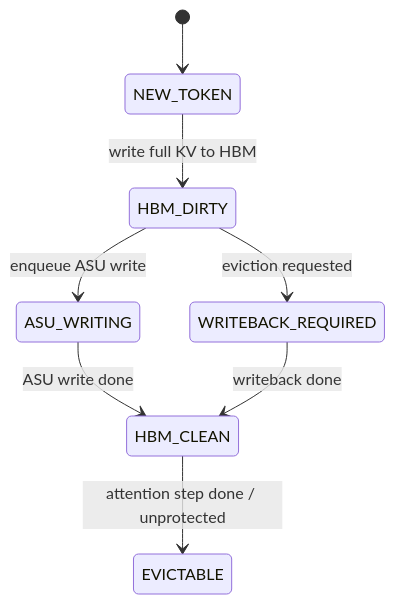
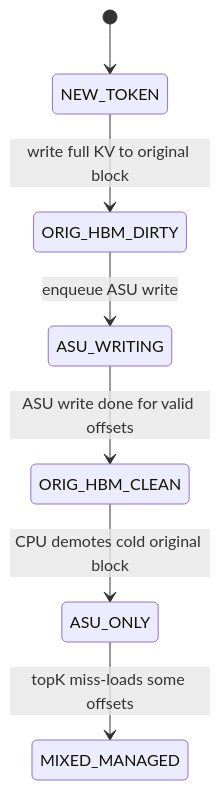
The fifth of 8 diagrams in docs/draft/2026-06-02-npu-hbm-kvcache-management-draft.md (ykfnxx/ASU-Ascend), drawn with Mermaid before and after one commit. The commit also changed other lines of this file, not shown here.

````diff
--- a/docs/draft/2026-06-02-npu-hbm-kvcache-management-draft.md
+++ b/docs/draft/2026-06-02-npu-hbm-kvcache-management-draft.md
@@ -495,10 +541,9 @@
 ```mermaid
 stateDiagram-v2
     [*] --> NEW_TOKEN
-    NEW_TOKEN --> HBM_DIRTY: write full KV to HBM
-    HBM_DIRTY --> ASU_WRITING: enqueue ASU write
-    ASU_WRITING --> HBM_CLEAN: ASU write done
-    HBM_CLEAN --> EVICTABLE: attention step done / unprotected
-    HBM_DIRTY --> WRITEBACK_REQUIRED: eviction requested
-    WRITEBACK_REQUIRED --> HBM_CLEAN: writeback done
+    NEW_TOKEN --> ORIG_HBM_DIRTY: write full KV to original block
+    ORIG_HBM_DIRTY --> ASU_WRITING: enqueue ASU write
+    ASU_WRITING --> ORIG_HBM_CLEAN: ASU write done for valid offsets
+    ORIG_HBM_CLEAN --> ASU_ONLY: CPU demotes cold original block
+    ASU_ONLY --> MIXED_MANAGED: topK miss-loads some offsets
 ```
````
